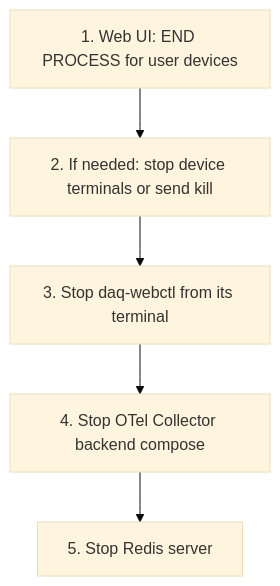
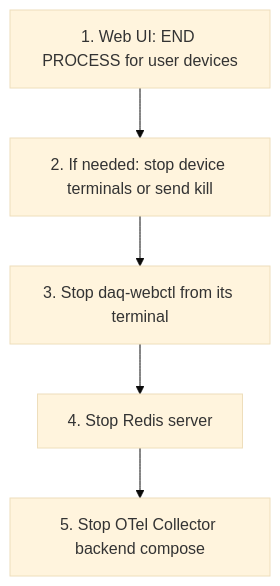
The second of 2 diagrams in examples/README.md (tntakahashi/nestdaq), drawn with Mermaid (base theme) before and after one commit. The commit also changed other lines of this file, not shown here.

````diff
--- a/examples/README.md
+++ b/examples/README.md
@@ -246,10 +246,10 @@
 ```mermaid
 flowchart TD
   End[1. Web UI: END PROCESS for user devices]
   DeviceFallback[2. If needed: stop device terminals or send kill]
   WebCtl[3. Stop daq-webctl from its terminal]
-  Otel[4. Stop OTel Collector backend compose]
-  Redis[5. Stop Redis server]
+  Redis[4. Stop Redis server]
+  Otel[5. Stop OTel Collector backend compose]
 
-  End --> DeviceFallback --> WebCtl --> Otel --> Redis
+  End --> DeviceFallback --> WebCtl --> Redis --> Otel
 ```
````
